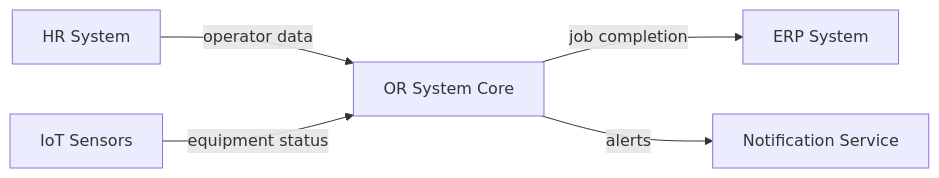
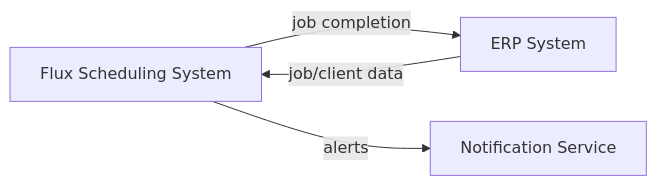
The eighth of 10 diagrams in docs/architecture/dependency-graphs.md (ikadar/ewlin), drawn with Mermaid before and after one commit. The commit also changed other lines of this file and 539 other files, not shown here.

````diff
--- a/docs/architecture/dependency-graphs.md
+++ b/docs/architecture/dependency-graphs.md
@@ -338,13 +329,10 @@
 ```mermaid
 flowchart LR
-    System[OR System Core]
-    HR[HR System]
-    IoT[IoT Sensors]
+    System[Flux Scheduling System]
     ERP[ERP System]
     Email[Notification Service]
-    
-    HR -->|operator data| System
-    IoT -->|equipment status| System
+
+    ERP -->|job/client data| System
     System -->|job completion| ERP
     System -->|alerts| Email
 ```
````
